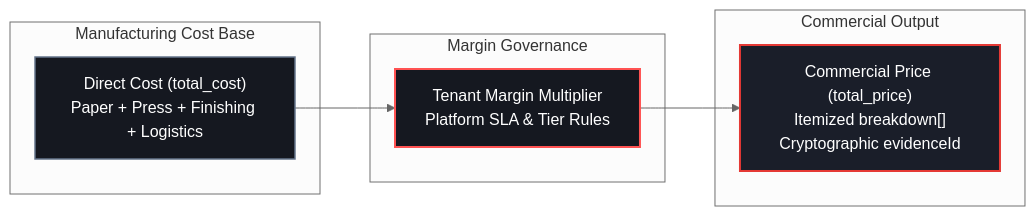
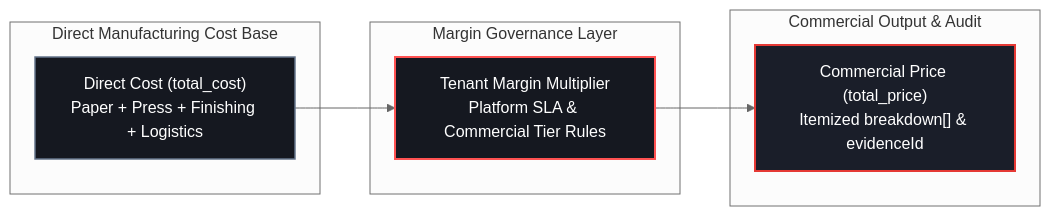
The third of 3 diagrams in docs/api/pricing-api.md (drleuman/printprice-docs), drawn with Mermaid (neutral theme) before and after one commit. The commit also changed other lines of this file and 29 other files, not shown here.

Commit message:
fix(docs-ui): enforce diagram typography, focus trap, and full visual matrix (DOC-UI-02)

````diff
--- a/docs/api/pricing-api.md
+++ b/docs/api/pricing-api.md
@@ -206,25 +185,25 @@
 ```mermaid
 flowchart LR
-    subgraph Costing ["Manufacturing Cost Base"]
-        DirectCost["Direct Cost (total_cost)\nPaper + Press + Finishing + Logistics"]
+    subgraph Costing ["Direct Manufacturing Cost Base"]
+        DirectCost["Direct Cost (total_cost)<br/>Paper + Press + Finishing + Logistics"]
     end
 
-    subgraph Governance ["Margin Governance"]
-        Multiplier["Tenant Margin Multiplier\nPlatform SLA & Tier Rules"]
+    subgraph Governance ["Margin Governance Layer"]
+        Multiplier["Tenant Margin Multiplier<br/>Platform SLA & Commercial Tier Rules"]
     end
 
-    subgraph Pricing ["Commercial Output"]
-        FinalPrice["Commercial Price (total_price)\nItemized breakdown[]\nCryptographic evidenceId"]
+    subgraph Pricing ["Commercial Output & Audit"]
+        FinalPrice["Commercial Price (total_price)<br/>Itemized breakdown[] & evidenceId"]
     end
 
     DirectCost --> Multiplier
     Multiplier --> FinalPrice
 
     classDef costNode fill:#151820,stroke:#64748B,stroke-width:1.5px,color:#FFFFFF;
     classDef govNode fill:#151820,stroke:#FF5252,stroke-width:2px,color:#FFFFFF;
     classDef priceNode fill:#1A1E29,stroke:#E53935,stroke-width:2px,color:#FFFFFF;
 
     class DirectCost costNode;
     class Multiplier govNode;
     class FinalPrice priceNode;
 ```
````
